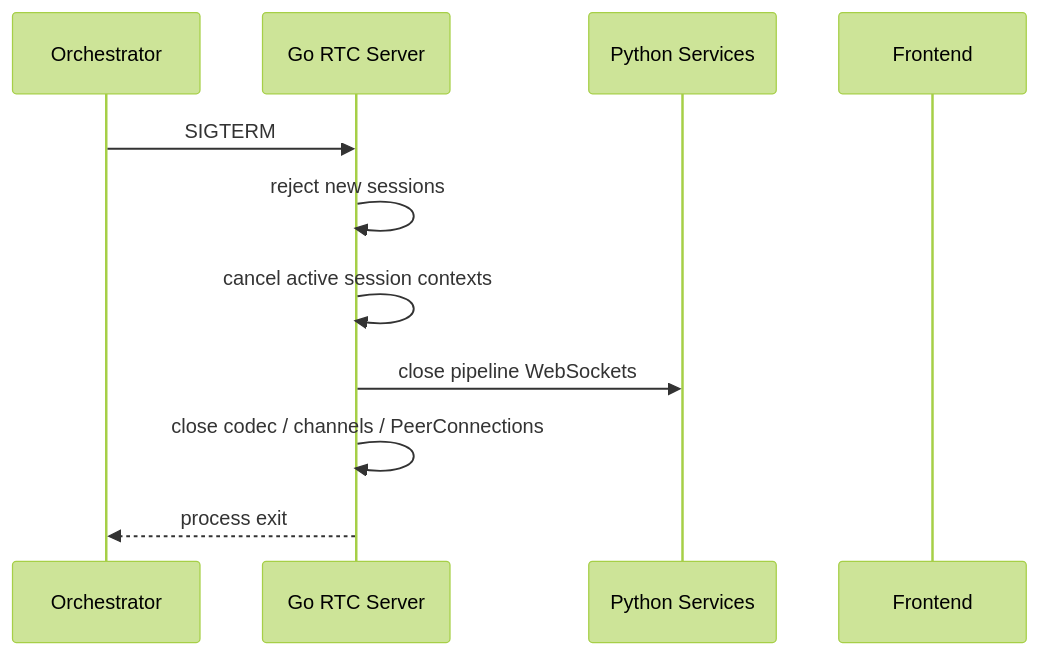
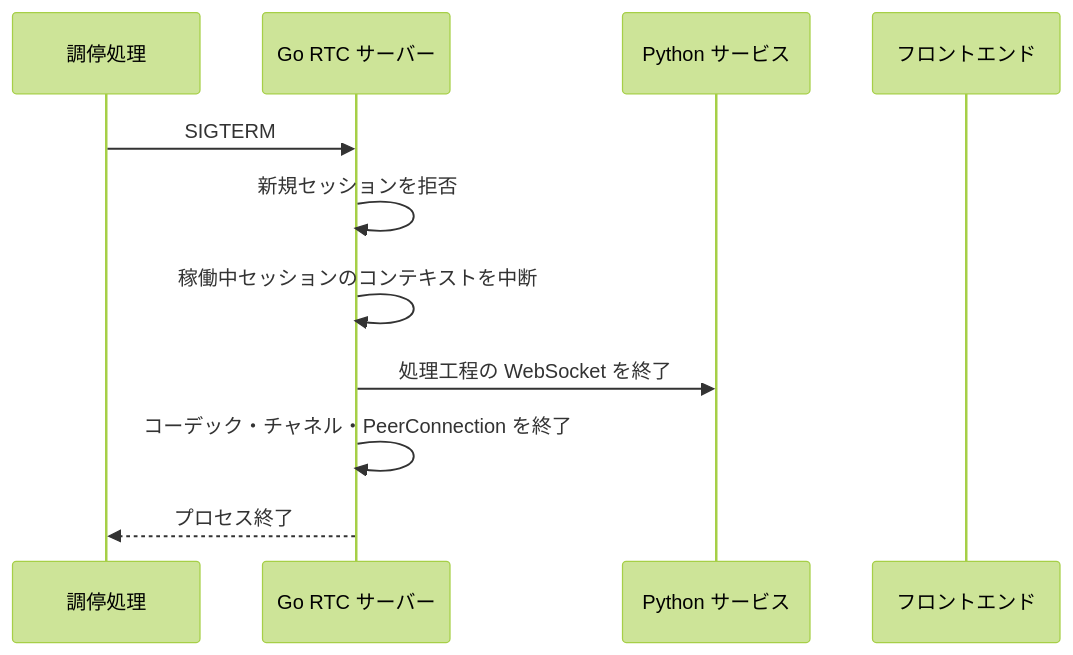
Before and after one commit to Sincromisor/Sincromisor: the second of 2 diagrams in documents/migration/pion/rollout-and-operations.md, drawn with Mermaid (forest theme). The commit also changed other lines of this file and 94 other files, not shown here.

````diff
--- a/documents/migration/pion/rollout-and-operations.md
+++ b/documents/migration/pion/rollout-and-operations.md
@@ -171,14 +171,14 @@
 ```mermaid
 sequenceDiagram
-    participant O as Orchestrator
-    participant G as Go RTC Server
-    participant S as Python Services
-    participant F as Frontend
+    participant O as 調停処理
+    participant G as Go RTC サーバー
+    participant S as Python サービス
+    participant F as フロントエンド
 
     O->>G: SIGTERM
-    G->>G: reject new sessions
-    G->>G: cancel active session contexts
-    G->>S: close pipeline WebSockets
-    G->>G: close codec / channels / PeerConnections
-    G-->>O: process exit
+    G->>G: 新規セッションを拒否
+    G->>G: 稼働中セッションのコンテキストを中断
+    G->>S: 処理工程の WebSocket を終了
+    G->>G: コーデック・チャネル・PeerConnection を終了
+    G-->>O: プロセス終了
 ```
````
